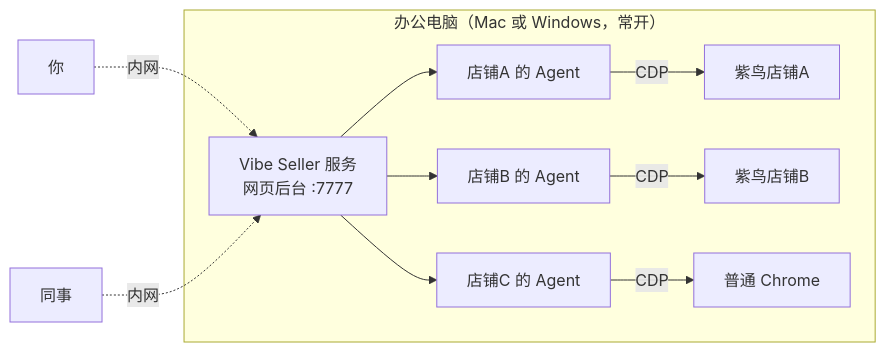
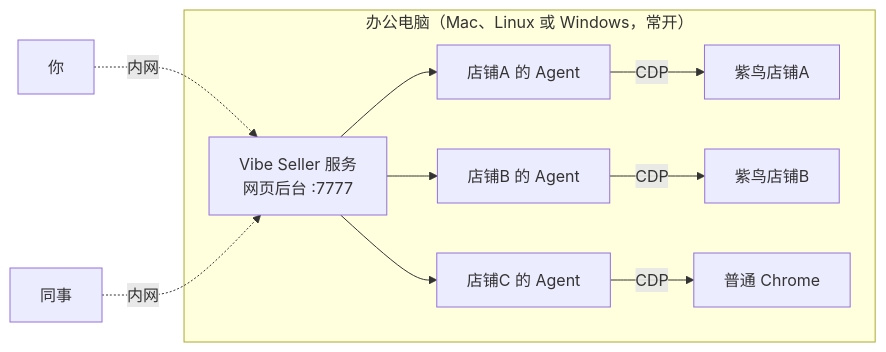
One commit to zpoint/vibe-seller changed the diagram in README.zh.md. Above: the diagram before and after it, drawn with Mermaid. The commit also changed other lines of this file and 2 other files, not shown here.

First line of the commit message:
docs(readme): OS-tabbed install, native Windows default, WSL → advanced

````diff
--- a/README.zh.md
+++ b/README.zh.md
@@ -36,14 +36,14 @@
 ```mermaid
 flowchart LR
     U1[你] -.内网.-> S
     U2[同事] -.内网.-> S
-    subgraph OfficeHost["办公电脑（Mac 或 Windows，常开）"]
+    subgraph OfficeHost["办公电脑（Mac、Linux 或 Windows，常开）"]
         S[Vibe Seller 服务<br/>网页后台 :7777]
         S --> A1[店铺A 的 Agent]
         S --> A2[店铺B 的 Agent]
         S --> A3[店铺C 的 Agent]
         A1 -->|CDP| Z1[紫鸟店铺A]
         A2 -->|CDP| Z2[紫鸟店铺B]
         A3 -->|CDP| C1[普通 Chrome]
     end
 ```
````
